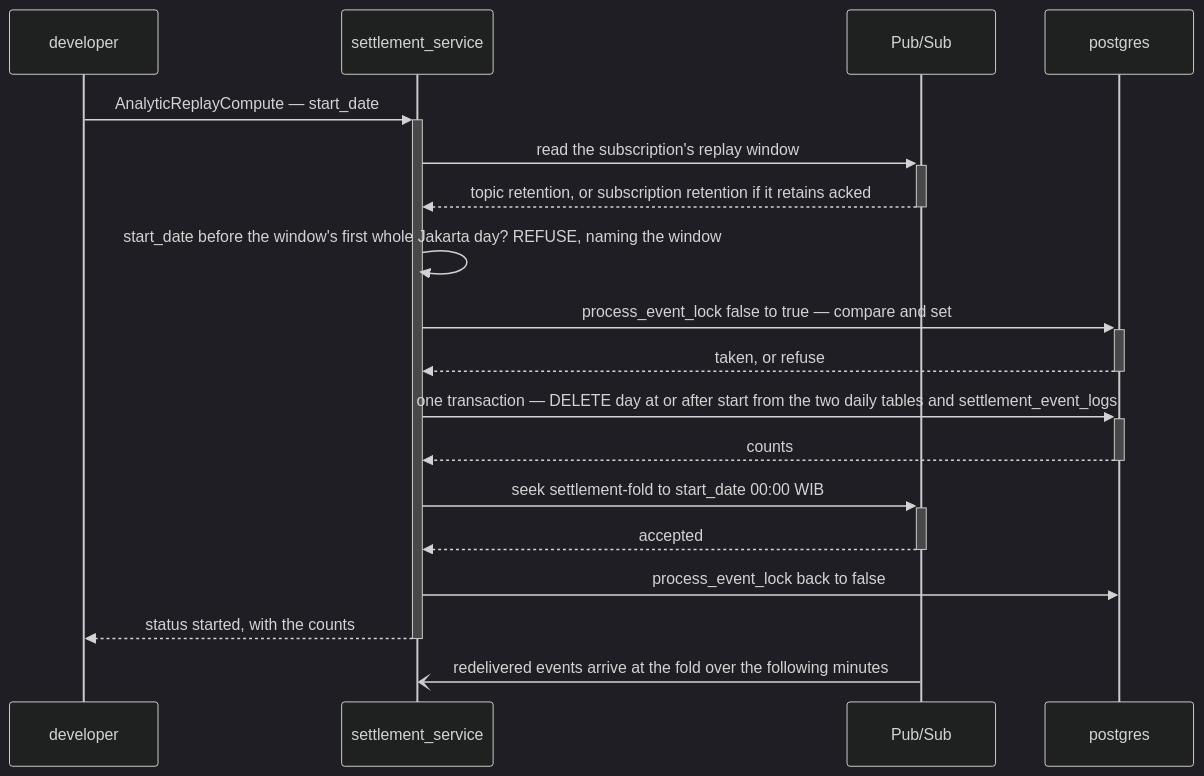
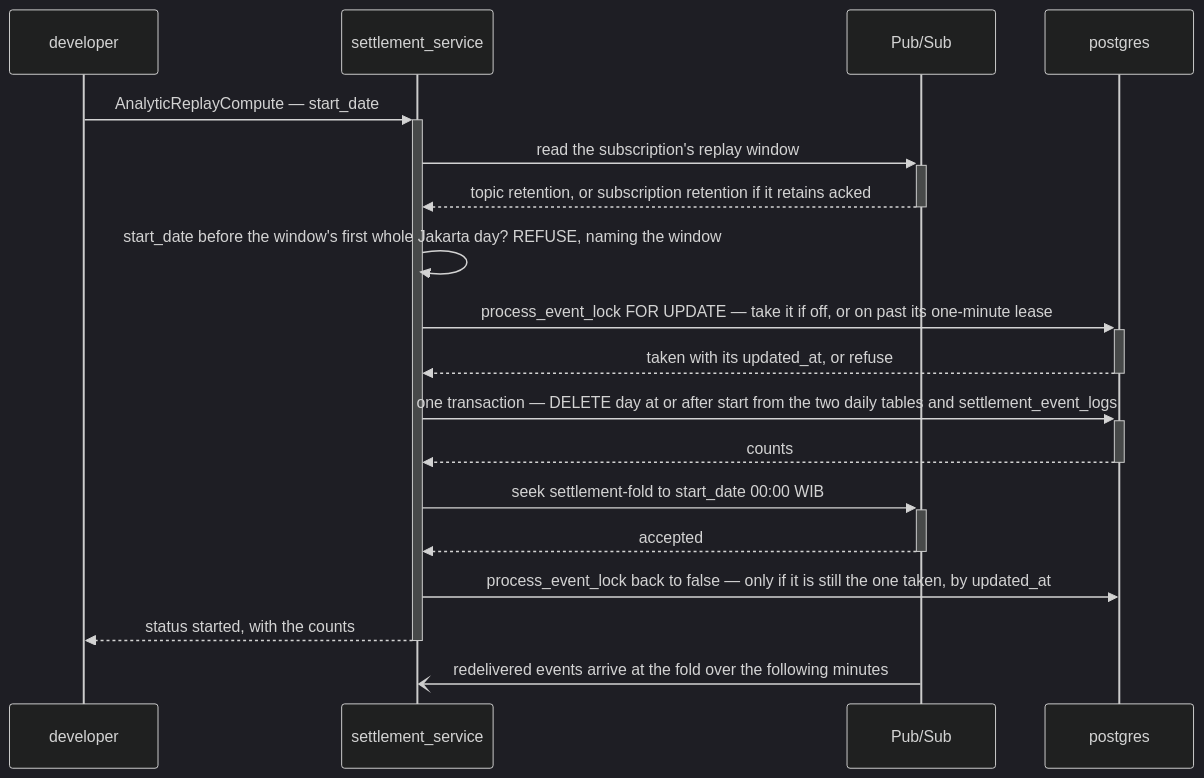
One commit to pdcgo/warehouse_revamp changed the sixth of 7 diagrams in docs/services/settlement_service/rpc.md. Above: the diagram before and after it, drawn with Mermaid (dark theme). The commit also changed other lines of this file and 703 other files, not shown here.

````diff
--- a/docs/services/settlement_service/rpc.md
+++ b/docs/services/settlement_service/rpc.md
@@ -226,21 +226,21 @@
 ```mermaid
 sequenceDiagram
   participant D as developer
   participant S as settlement_service
   participant G as Pub/Sub
   participant DB as postgres
 
   D->>+S: AnalyticReplayCompute — start_date
   S->>+G: read the subscription's replay window
   G-->>-S: topic retention, or subscription retention if it retains acked
   S->>S: start_date before the window's first whole Jakarta day? REFUSE, naming the window
-  S->>+DB: process_event_lock false to true — compare and set
-  DB-->>-S: taken, or refuse
+  S->>+DB: process_event_lock FOR UPDATE — take it if off, or on past its one-minute lease
+  DB-->>-S: taken with its updated_at, or refuse
   S->>+DB: one transaction — DELETE day at or after start from the two daily tables and settlement_event_logs
   DB-->>-S: counts
   S->>+G: seek settlement-fold to start_date 00:00 WIB
   G-->>-S: accepted
-  S->>DB: process_event_lock back to false
+  S->>DB: process_event_lock back to false — only if it is still the one taken, by updated_at
   S-->>-D: status started, with the counts
   G-)S: redelivered events arrive at the fold over the following minutes
 ```
````
